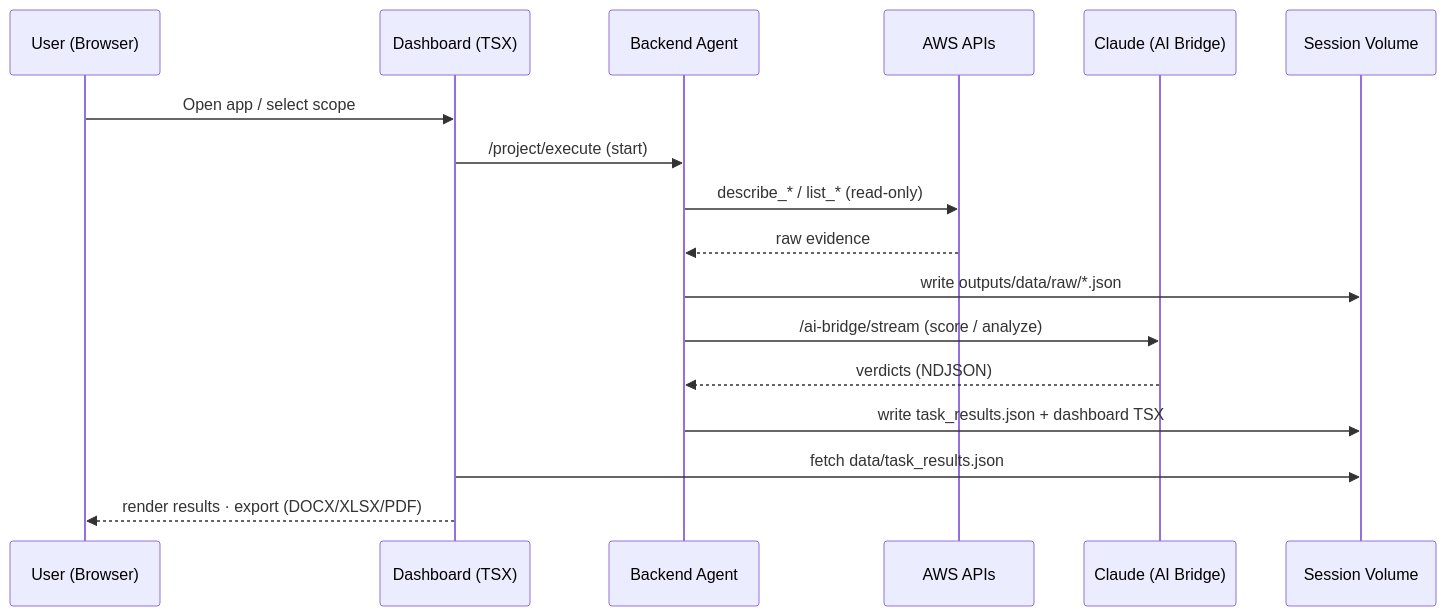
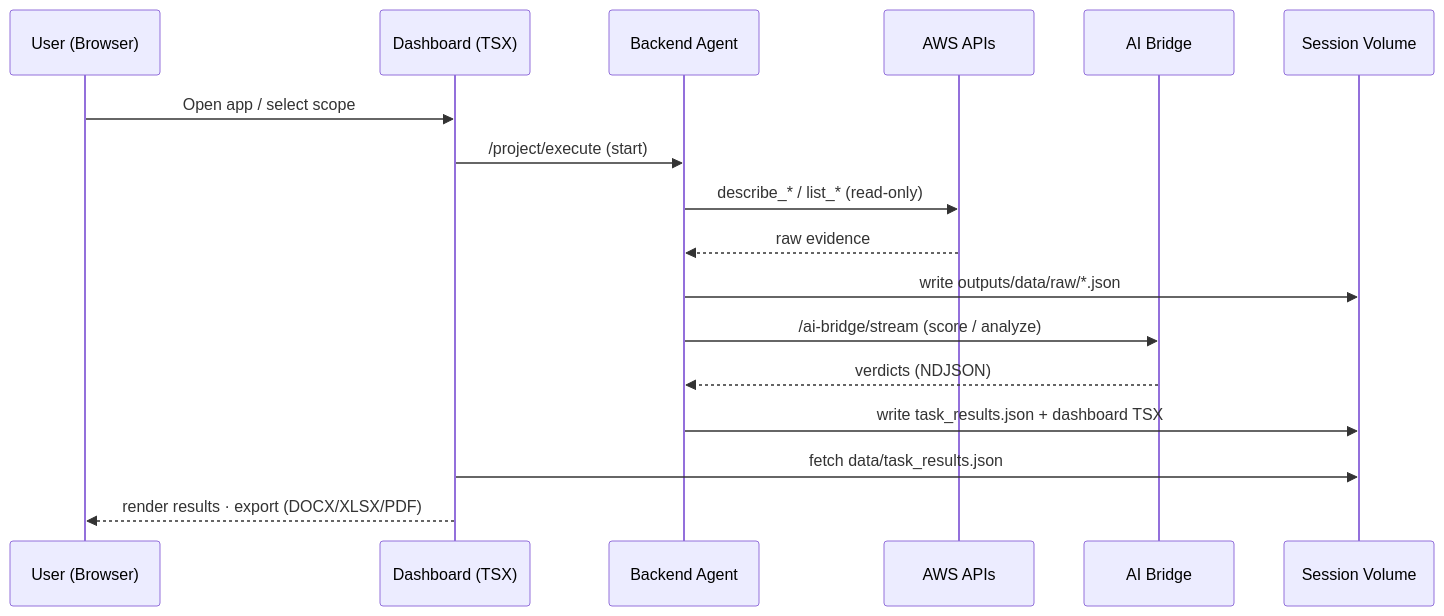
One commit to transilienceai/docs changed the second of 32 diagrams in concepts/Applications.md. Above: the diagram before and after it, drawn with Mermaid. The commit also changed other lines of this file, not shown here.

````diff
--- a/concepts/Applications.md
+++ b/concepts/Applications.md
@@ -53,20 +53,20 @@
 ```mermaid
 sequenceDiagram
     participant U as User (Browser)
     participant D as Dashboard (TSX)
     participant A as Backend Agent
     participant AWS as AWS APIs
-    participant C as Claude (AI Bridge)
+    participant C as AI Bridge
     participant V as Session Volume
 
     U->>D: Open app / select scope
     D->>A: /project/execute (start)
     A->>AWS: describe_* / list_* (read-only)
     AWS-->>A: raw evidence
     A->>V: write outputs/data/raw/*.json
     A->>C: /ai-bridge/stream (score / analyze)
     C-->>A: verdicts (NDJSON)
     A->>V: write task_results.json + dashboard TSX
     D->>V: fetch data/task_results.json
     D-->>U: render results · export (DOCX/XLSX/PDF)
 ```
````
